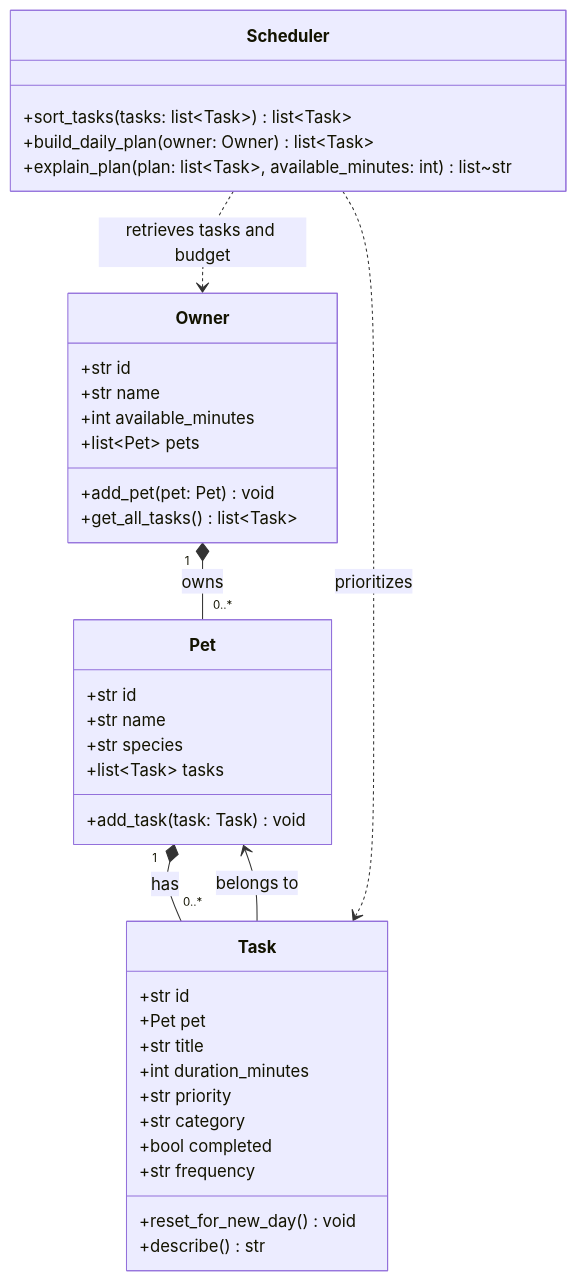
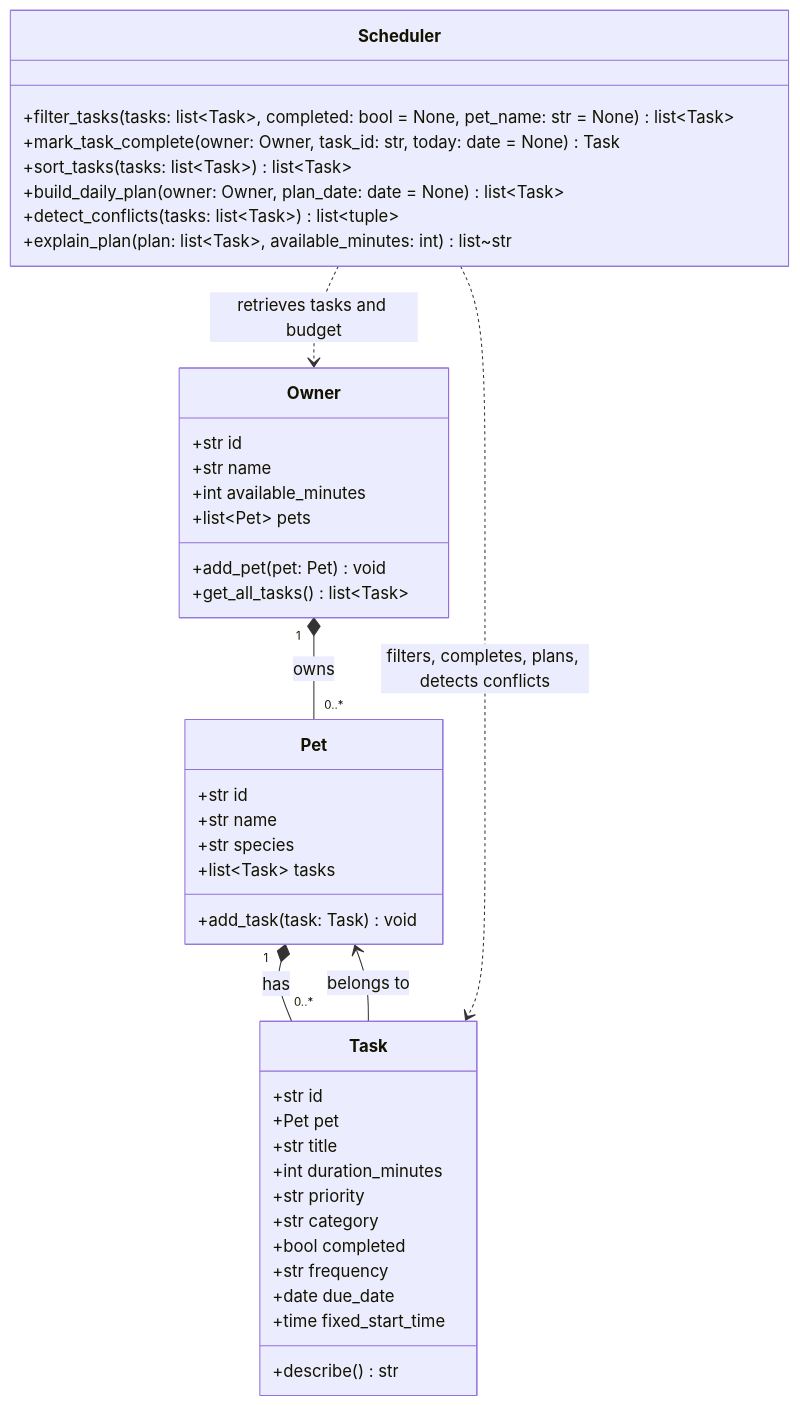
One commit to bekusball/ai110-pawpal changed the diagram in diagrams/uml.mmd. Above: the diagram before and after it, drawn with Mermaid. The commit also changed 7 other files, not shown here.

```diff
--- a/diagrams/uml.mmd
+++ b/diagrams/uml.mmd
@@ -1,44 +1,54 @@
 classDiagram
     class Owner {
         +str id
         +str name
         +int available_minutes
         +list~Pet~ pets
         +add_pet(pet: Pet) void
         +get_all_tasks() list~Task~
     }
 
     class Pet {
         +str id
         +str name
         +str species
         +list~Task~ tasks
         +add_task(task: Task) void
     }
 
     class Task {
         +str id
         +Pet pet
         +str title
         +int duration_minutes
         +str priority
         +str category
         +bool completed
         +str frequency
-        +reset_for_new_day() void
+        +date due_date
+        +time fixed_start_time
         +describe() str
     }
 
     class Scheduler {
+        +filter_tasks(tasks: list~Task~, completed: bool = None, pet_name: str = None) list~Task~
+        +mark_task_complete(owner: Owner, task_id: str, today: date = None) Task
         +sort_tasks(tasks: list~Task~) list~Task~
-        +build_daily_plan(owner: Owner) list~Task~
+        +build_daily_plan(owner: Owner, plan_date: date = None) list~Task~
+        +detect_conflicts(tasks: list~Task~) list~tuple~
         +explain_plan(plan: list~Task~, available_minutes: int) list~str
     }
 
     Owner "1" *-- "0..*" Pet : owns
     Pet "1" *-- "0..*" Task : has
     %% Task.pet may be None until attached through Pet.add_task().
-    %% frequency initially supports daily and once; completed refers to the current day.
+    %% completed refers to this occurrence; completed history is retained.
+    %% due_date defaults to today; fixed_start_time is optional and uses local time.
+    %% Completing daily creates a fresh Task due today + 1 day; once has no successor.
+    %% mark_task_complete returns the daily successor or None.
+    %% detect_conflicts returns (Task, Task) pairs across the owner's pets.
+    %% Filter options, today, and plan_date are keyword-only parameters.
+    %% Fixed times are for conflict reports; planning uses due dates, priority, and budget.
     Task --> Pet : belongs to
     Scheduler ..> Owner : retrieves tasks and budget
-    Scheduler ..> Task : prioritizes
+    Scheduler ..> Task : filters, completes, plans, detects conflicts
```
